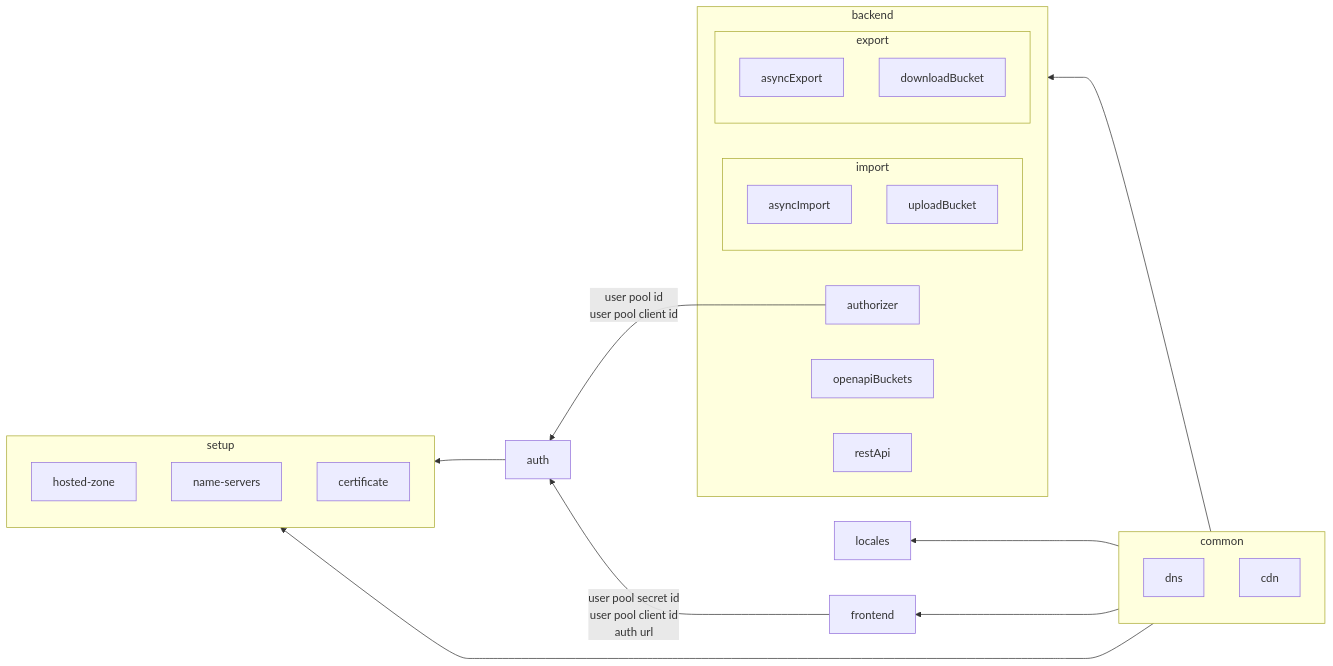
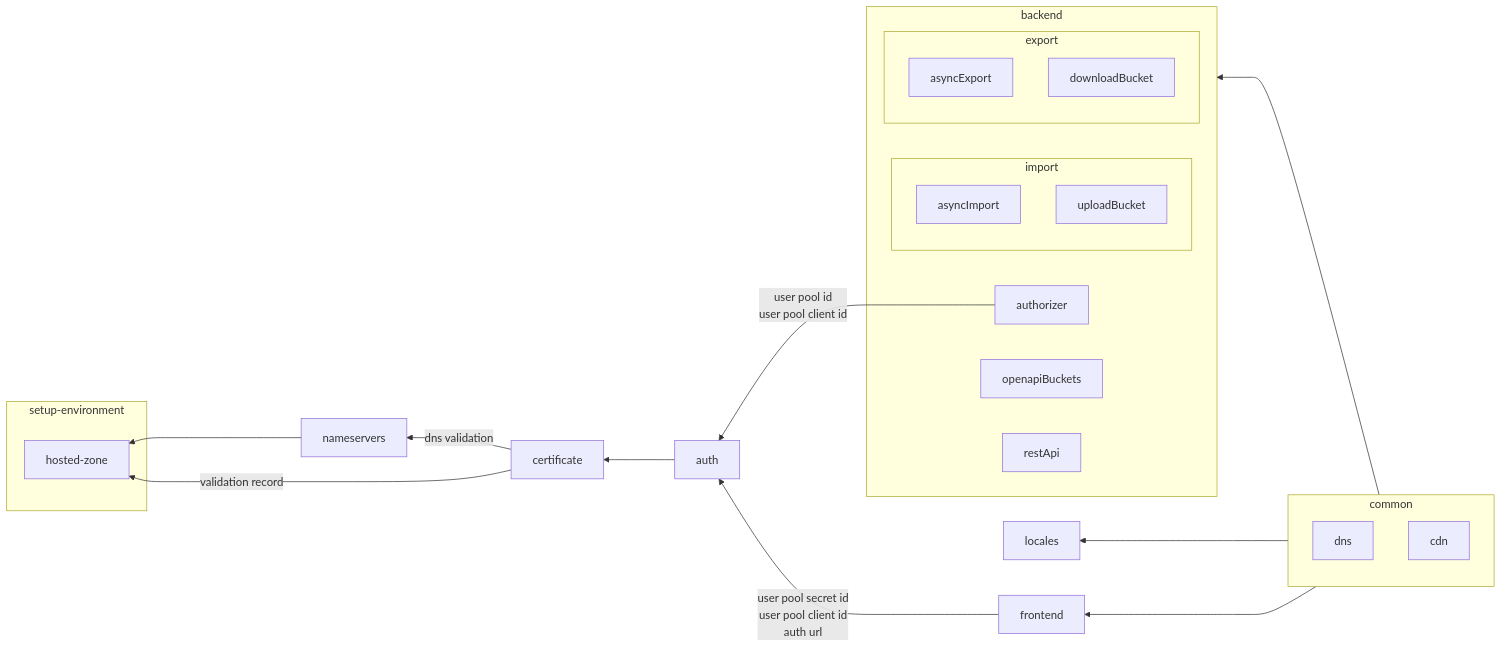
One commit to tabiya-tech/taxonomy-model-application changed the diagram in iac/README.md. Above: the diagram before and after it, drawn with Mermaid. The commit also changed other lines of this file and 10 other files, not shown here.

Commit message:
chore(iac): refactor and document iac - flowchart

````diff
--- a/iac/README.md
+++ b/iac/README.md
@@ -61,35 +61,40 @@
 ```mermaid
 flowchart RL
-    subgraph setup
+    subgraph setup-environment
         hosted-zone
-        name-servers
-        certificate
     end
+
     subgraph common
         dns
         cdn
     end
     subgraph backend
         subgraph import
             asyncImport
             uploadBucket
         end
         subgraph export
             asyncExport
             downloadBucket
         end
         authorizer
         openapiBuckets
         restApi
+    end
 
-    end
     common--->frontend;
     common--->backend;
     locales
-    auth--->setup
-    common---->setup
+
+
+    auth ---> certificate
+
+    nameservers ---> hosted-zone
+
+    certificate --validation record--> hosted-zone
+    certificate --dns validation--> nameservers
 
     common--->locales
     authorizer--user pool id\nuser pool client id-->auth
     frontend--user pool secret id\nuser pool client id\nauth url-->auth
 ```
````
